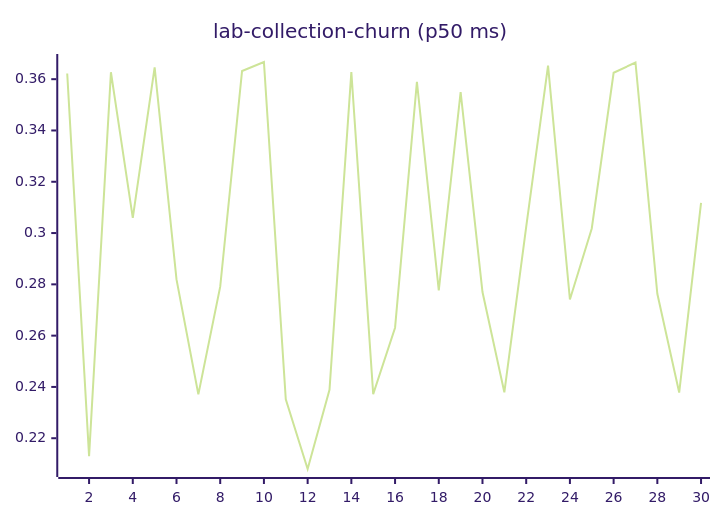
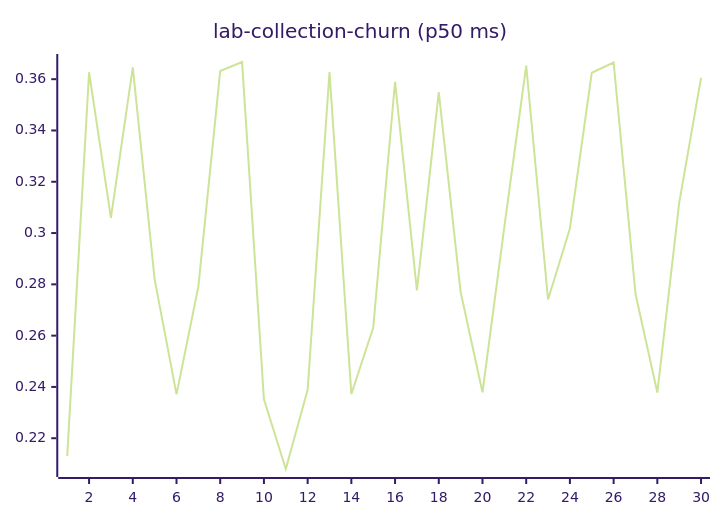
Before and after one commit to josha/Facet: diagram 11 of 27 in README.md, drawn with Mermaid (forest theme). The commit also changed other lines of this file and 2 other files, not shown here.

````diff
--- a/README.md
+++ b/README.md
@@ -133,6 +133,6 @@
 ```mermaid
 xychart-beta
     title "lab-collection-churn (p50 ms)"
     x-axis 1 --> 30
-    line [0.3622, 0.2130, 0.3627, 0.3059, 0.3646, 0.2819, 0.2371, 0.2791, 0.3632, 0.3667, 0.2352, 0.2080, 0.2389, 0.3628, 0.2372, 0.2631, 0.3590, 0.2776, 0.3550, 0.2770, 0.2379, 0.3024, 0.3653, 0.2741, 0.3018, 0.3625, 0.3665, 0.2763, 0.2378, 0.3118]
+    line [0.2130, 0.3627, 0.3059, 0.3646, 0.2819, 0.2371, 0.2791, 0.3632, 0.3667, 0.2352, 0.2080, 0.2389, 0.3628, 0.2372, 0.2631, 0.3590, 0.2776, 0.3550, 0.2770, 0.2379, 0.3024, 0.3653, 0.2741, 0.3018, 0.3625, 0.3665, 0.2763, 0.2378, 0.3118, 0.3605]
 ```
````
